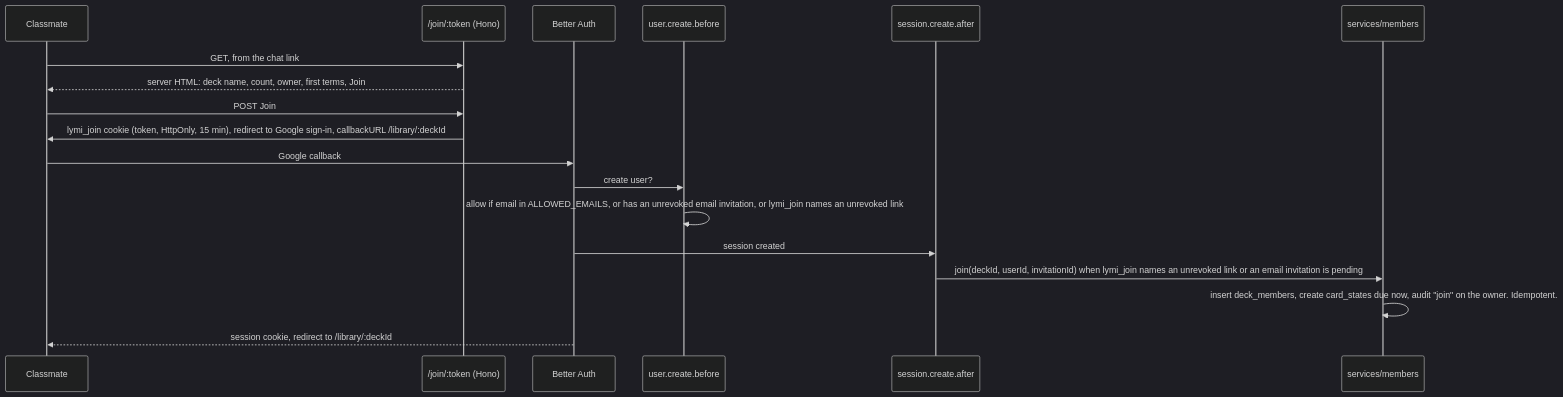
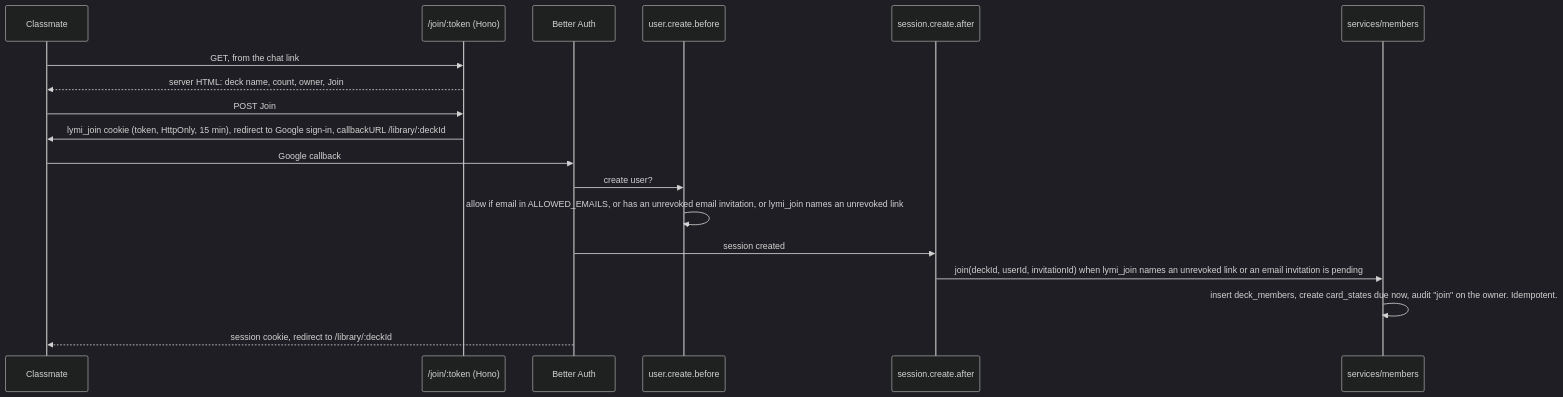
The second of 2 diagrams in docs/plans/2026-09-12-shared-decks.md (krambertech/lymi), drawn with Mermaid (dark theme) before and after one commit. The commit also changed other lines of this file and 2 other files, not shown here.

````diff
--- a/docs/plans/2026-09-12-shared-decks.md
+++ b/docs/plans/2026-09-12-shared-decks.md
@@ -45,21 +46,21 @@
 ```mermaid
 sequenceDiagram
   participant C as Classmate
   participant J as /join/:token (Hono)
   participant A as Better Auth
   participant H as user.create.before
   participant S as session.create.after
   participant M as services/members
 
   C->>J: GET, from the chat link
-  J-->>C: server HTML: deck name, count, owner, first terms, Join
+  J-->>C: server HTML: deck name, count, owner, Join
   C->>J: POST Join
   J->>C: lymi_join cookie (token, HttpOnly, 15 min), redirect to Google sign-in, callbackURL /library/:deckId
   C->>A: Google callback
   A->>H: create user?
   H->>H: allow if email in ALLOWED_EMAILS, or has an unrevoked email invitation, or lymi_join names an unrevoked link
   A->>S: session created
   S->>M: join(deckId, userId, invitationId) when lymi_join names an unrevoked link or an email invitation is pending
   M->>M: insert deck_members, create card_states due now, audit "join" on the owner. Idempotent.
   A-->>C: session cookie, redirect to /library/:deckId
 ```
````
